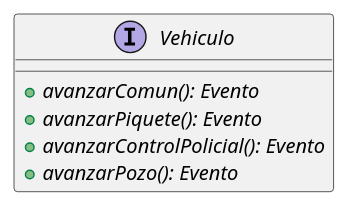
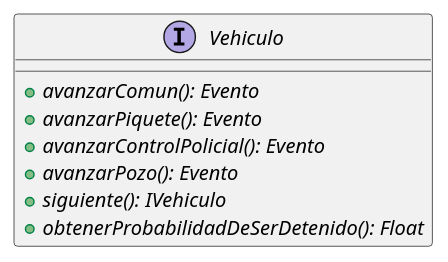
One commit to rodrigovzq/algo3_tp2 changed the second of 2 diagrams in diagrams/classes/Vehiculo.puml. Above: the diagram before and after it, drawn with PlantUML. The commit also changed other lines of this file and 18 other files, not shown here.

Commit message:
Actualizacion de diagramas

```diff
--- a/diagrams/classes/Vehiculo.puml
+++ b/diagrams/classes/Vehiculo.puml
@@ -30,10 +42,11 @@
 @startuml(id=SINSUBCLASES)
-
-       interface Vehiculo{
-           + {abstract} avanzarComun(): Evento
-           + {abstract} avanzarPiquete(): Evento
-           + {abstract} avanzarControlPolicial(): Evento
-           + {abstract} avanzarPozo(): Evento
-       }
+interface Vehiculo{
+    + {abstract} avanzarComun(): Evento
+    + {abstract} avanzarPiquete(): Evento
+    + {abstract} avanzarControlPolicial(): Evento
+    + {abstract} avanzarPozo(): Evento
+    + {abstract} siguiente(): IVehiculo
+    + {abstract} obtenerProbabilidadDeSerDetenido(): Float
+}
 
 @enduml
```
